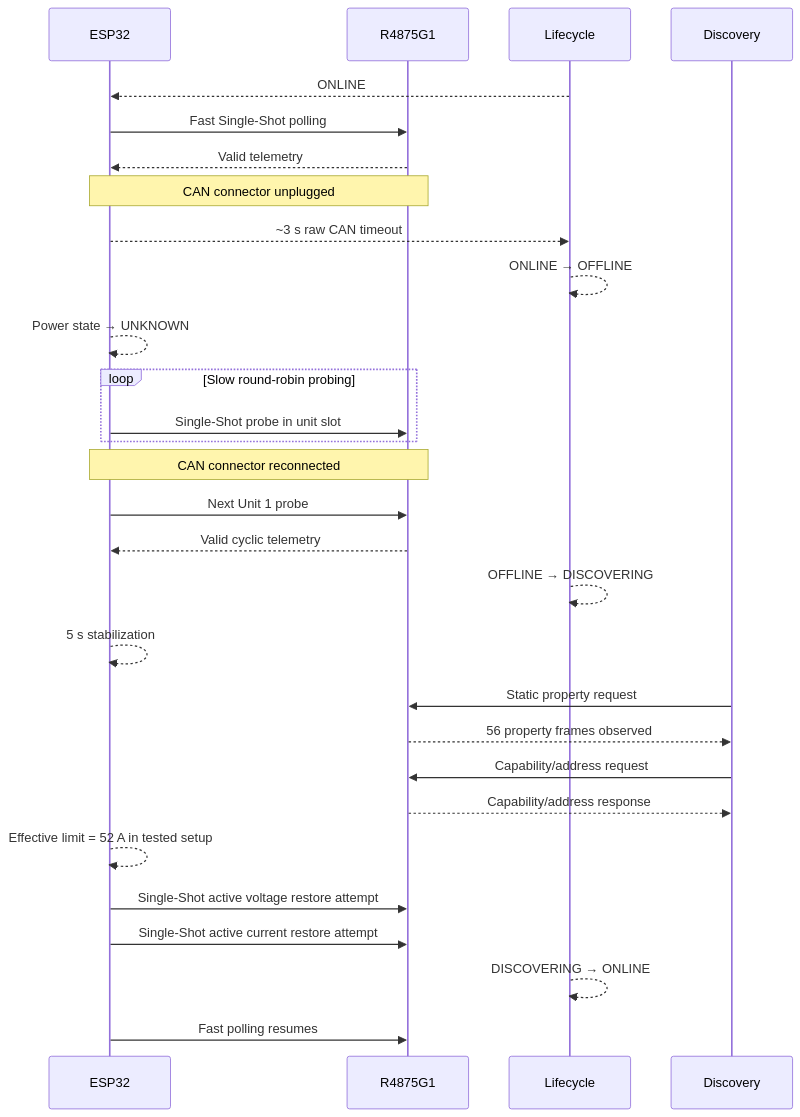
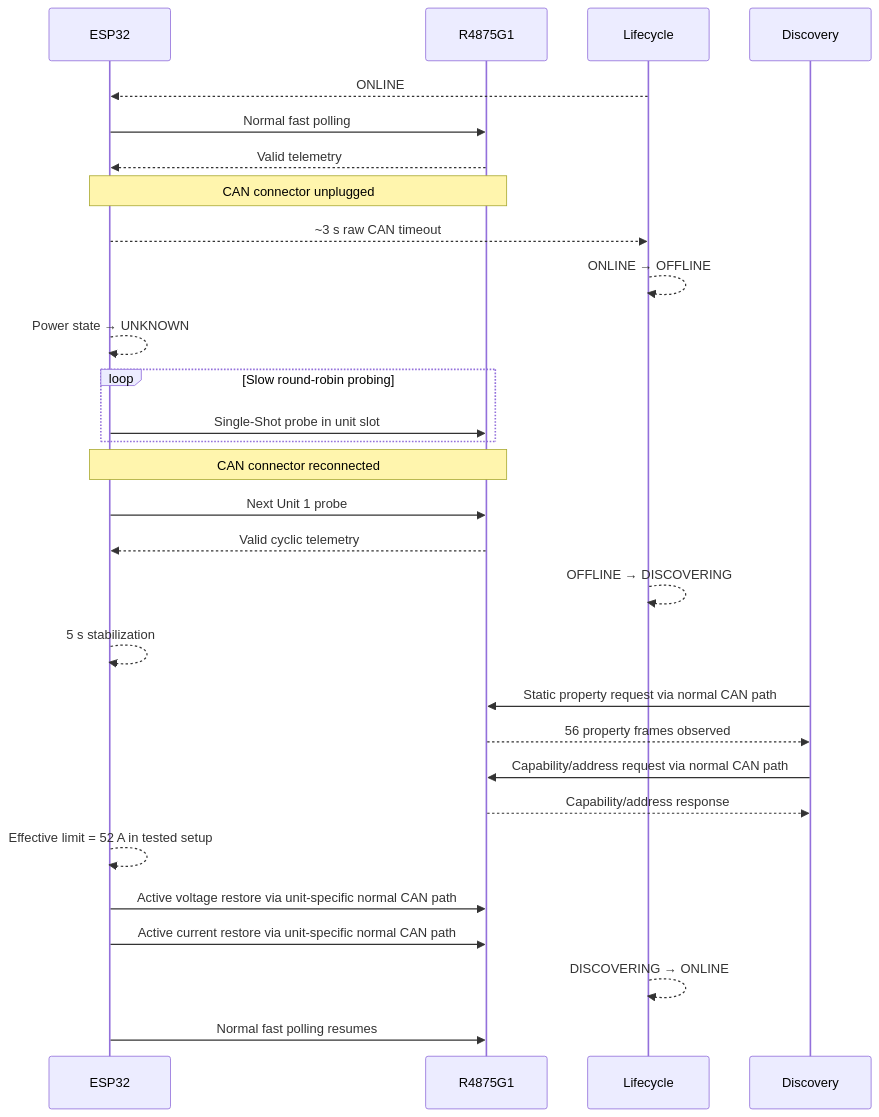
Diagram 19 of 20 in R4875G1_CONTROL_FLOWS.md (anwa/esphome-r4875g1-3phase-charger), drawn with Mermaid before and after one commit. The commit also changed other lines of this file, not shown here.

Commit message:
Align control flows with stable CAN baseline

````diff
--- a/R4875G1_CONTROL_FLOWS.md
+++ b/R4875G1_CONTROL_FLOWS.md
@@ -627,36 +626,36 @@
 ```mermaid
 sequenceDiagram
     participant ESP as ESP32
     participant R as R4875G1
     participant LIFE as Lifecycle
     participant DISC as Discovery
 
     LIFE-->>ESP: ONLINE
-    ESP->>R: Fast Single-Shot polling
+    ESP->>R: Normal fast polling
     R-->>ESP: Valid telemetry
 
     Note over ESP,R: CAN connector unplugged
     ESP-->>LIFE: ~3 s raw CAN timeout
     LIFE-->>LIFE: ONLINE → OFFLINE
     ESP-->>ESP: Power state → UNKNOWN
 
     loop Slow round-robin probing
         ESP->>R: Single-Shot probe in unit slot
     end
 
     Note over ESP,R: CAN connector reconnected
     ESP->>R: Next Unit 1 probe
     R-->>ESP: Valid cyclic telemetry
     LIFE-->>LIFE: OFFLINE → DISCOVERING
 
     ESP-->>ESP: 5 s stabilization
-    DISC->>R: Static property request
+    DISC->>R: Static property request via normal CAN path
     R-->>DISC: 56 property frames observed
-    DISC->>R: Capability/address request
+    DISC->>R: Capability/address request via normal CAN path
     R-->>DISC: Capability/address response
     ESP-->>ESP: Effective limit = 52 A in tested setup
-    ESP->>R: Single-Shot active voltage restore attempt
-    ESP->>R: Single-Shot active current restore attempt
+    ESP->>R: Active voltage restore via unit-specific normal CAN path
+    ESP->>R: Active current restore via unit-specific normal CAN path
     LIFE-->>LIFE: DISCOVERING → ONLINE
-    ESP->>R: Fast polling resumes
+    ESP->>R: Normal fast polling resumes
 ```
````
